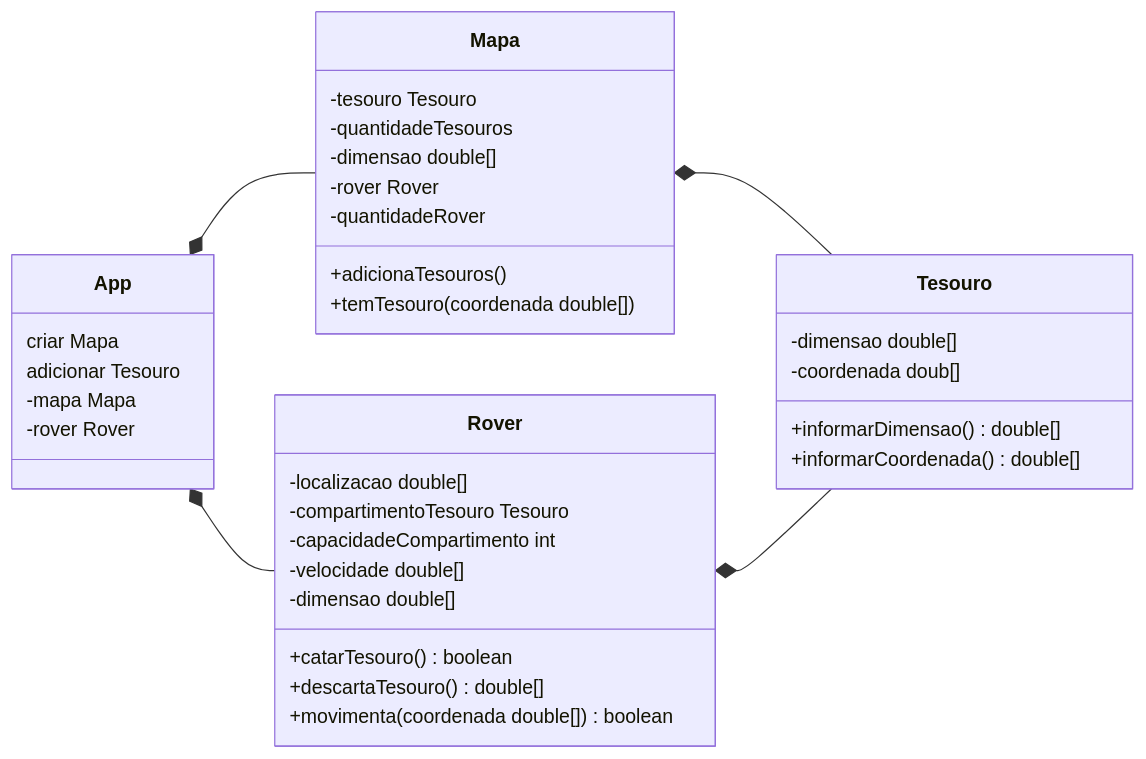
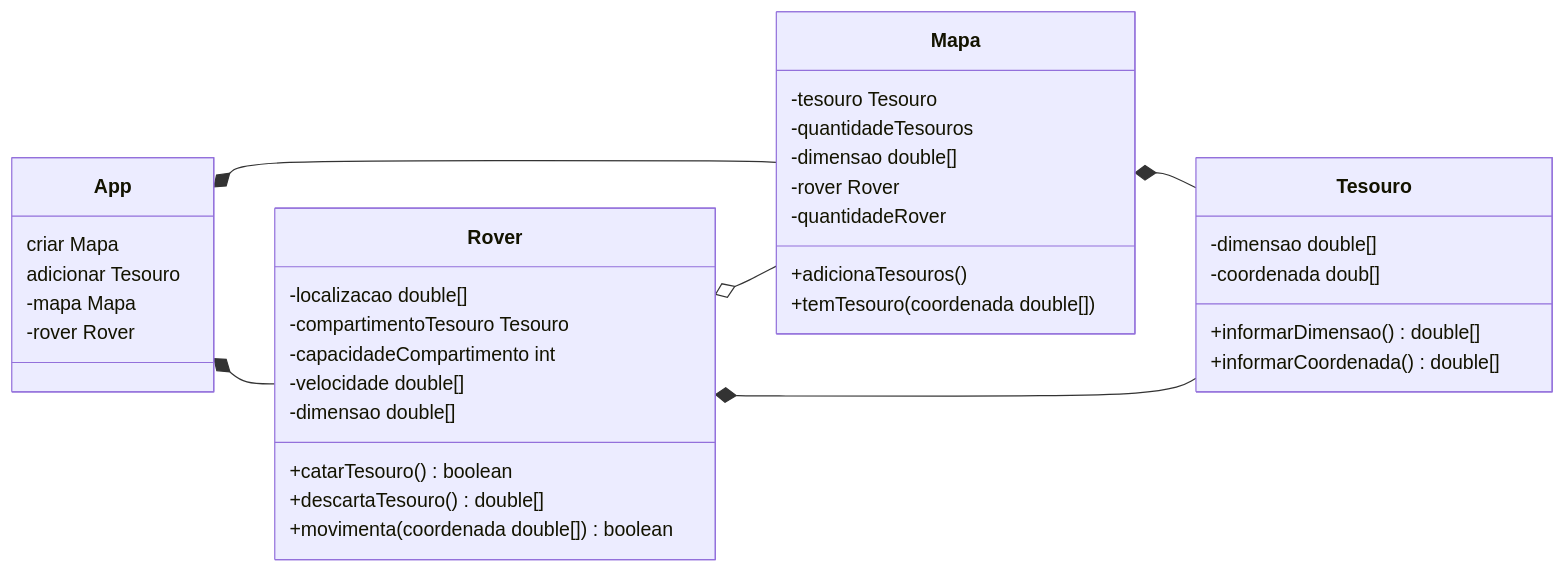
Before and after one commit to jailson-p/RoverCataTesouros: the diagram in modelagem.md, drawn with Mermaid. The commit also changed 8 other files, not shown here.

Commit message:
modelagem UML do projeto 0.1

````diff
--- a/modelagem.md
+++ b/modelagem.md
@@ -2,45 +2,46 @@
 ```mermaid
 classDiagram
     direction LR
     
     class App{
         criar Mapa
         adicionar Tesouro
       -mapa Mapa
       -rover Rover
     }
     
     class Rover{
         -localizacao double[]
         -compartimentoTesouro Tesouro
         -capacidadeCompartimento int
         -velocidade double[]
         -dimensao double[]
         +catarTesouro() boolean
         +descartaTesouro() double[]
         +movimenta(coordenada double[]) boolean
     }
     
     class Mapa{
         -tesouro Tesouro
         -quantidadeTesouros
         -dimensao double[]
         -rover Rover
         -quantidadeRover
         
         +adicionaTesouros()
         +temTesouro(coordenada double[])
                
     } 
 
     class Tesouro{
         -dimensao double[]
         -coordenada doub[]
         +informarDimensao() double[]
         +informarCoordenada() double[]
     }
     App     *-- Mapa
     App     *-- Rover
     Mapa    *-- Tesouro
     Rover   *-- Tesouro
+    Rover   o-- Mapa
 ```
````
